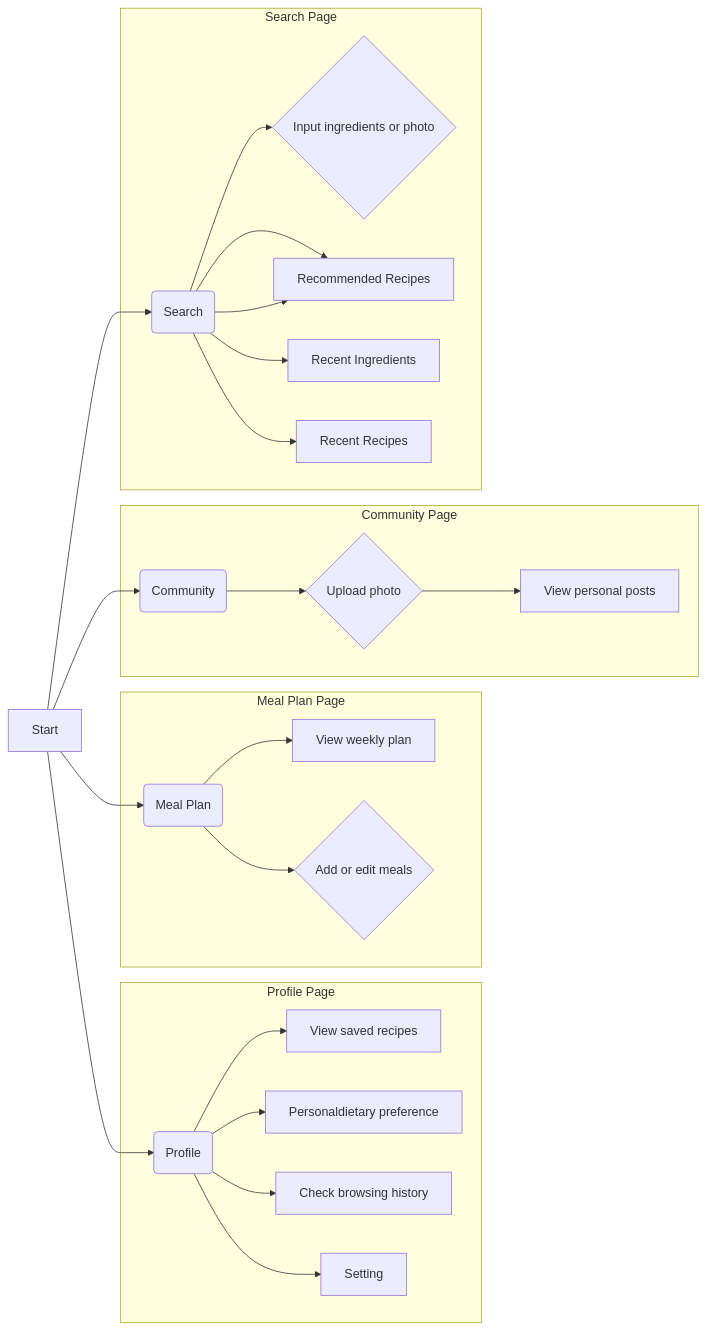
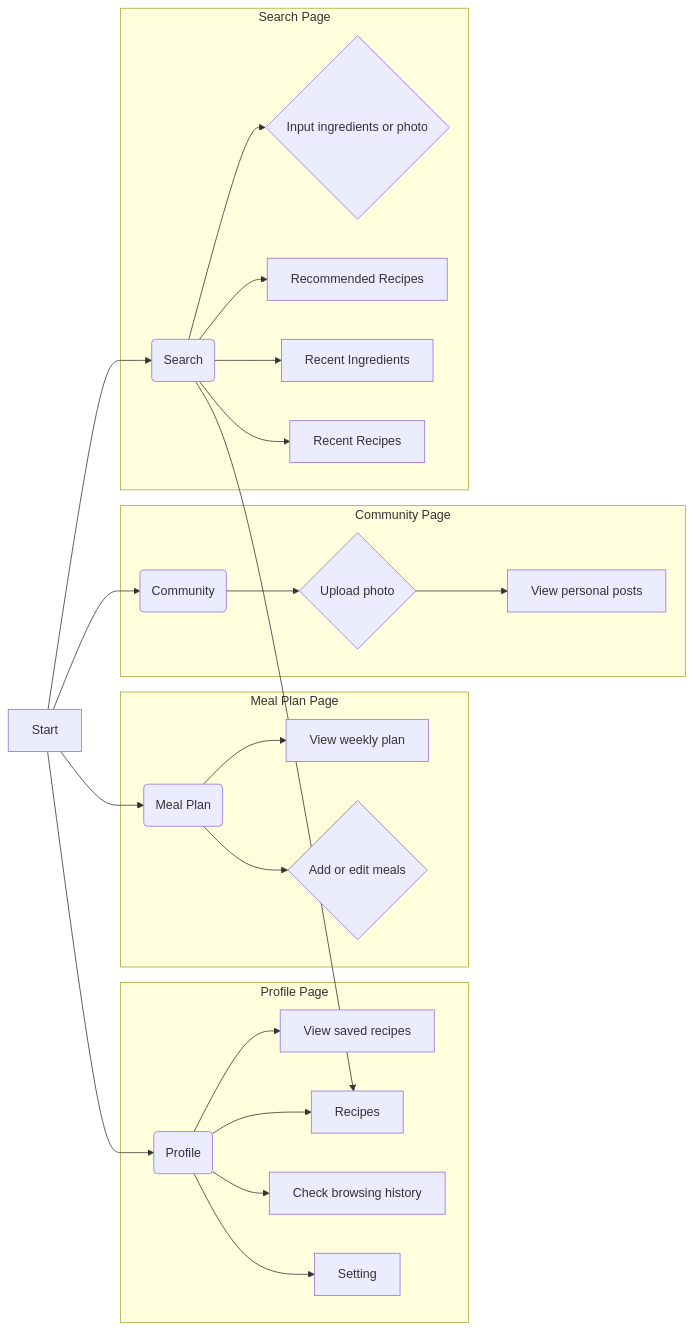
The diagram in all/未命名-2.md (seven8301/iodraw-files), drawn with Mermaid before and after one commit.

Commit message:
2025-04-09 20:35:37 update

````diff
--- a/all/未命名-2.md
+++ b/all/未命名-2.md
@@ -1,32 +1,32 @@
 ```mermaid
 graph LR
     A[Start] --> B(Search);
     A --> C(Community);
     A --> D(Meal Plan);
     A --> E(Profile);
 
     
     subgraph "Profile Page"
         E --> L[View saved recipes];
         E --> Q[Personaldietary preference];
         E --> M[Check browsing history];
         E --> P[Setting];
 
         
     end
       subgraph "Meal Plan Page"
         D --> J[View weekly plan];
         D --> K{Add or edit meals};
     end
      subgraph "Community Page"
         C --> H{Upload photo};
         H --> I[View personal posts];
     end
     subgraph "Search Page"
         B --> F{Input ingredients or photo};
         B --> G[Recommended Recipes];
-        B --> G[Recommended Recipes];
+        B --> Q[Recipes];
         B --> N[Recent Ingredients];
         B --> O[Recent Recipes];
     end
 ```
````
